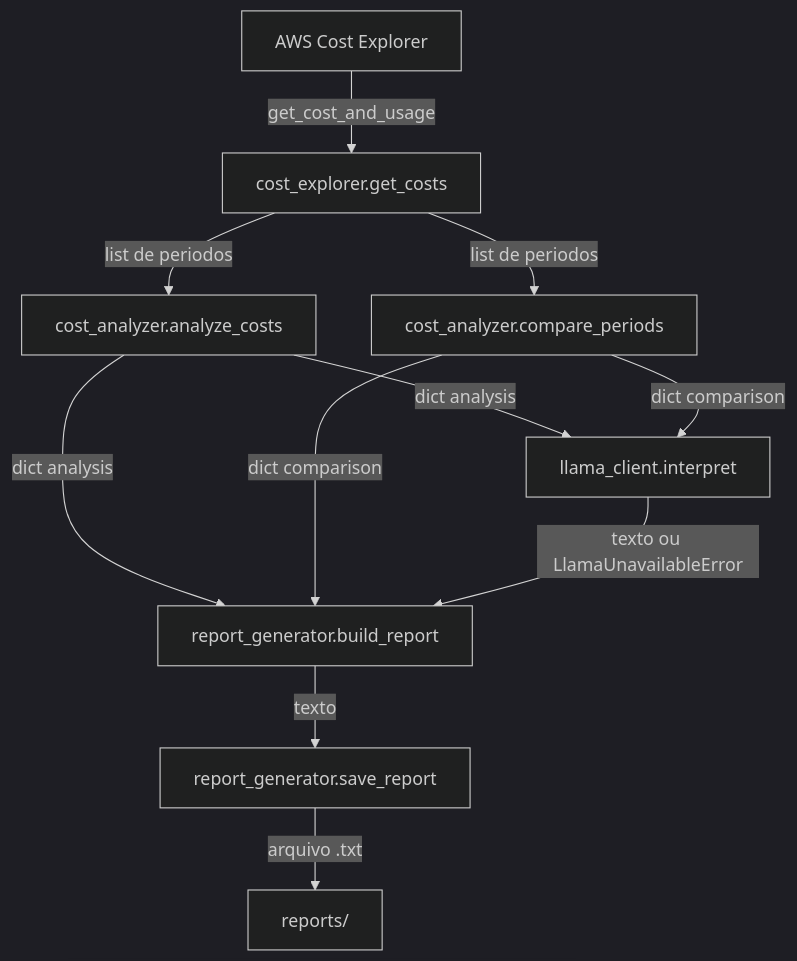
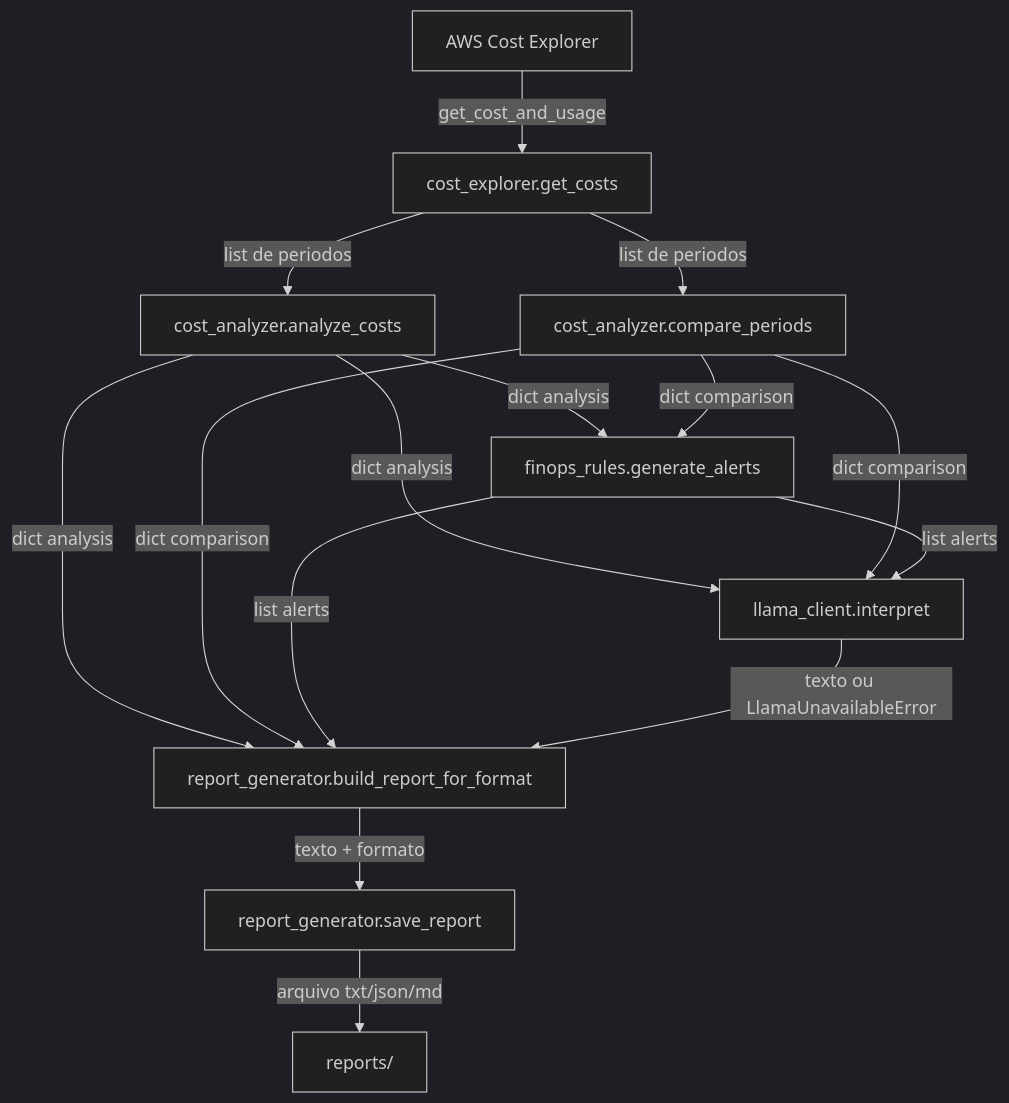
The diagram in docs/data-flow.md (AirtonNettu/aws-cost-monitor), drawn with Mermaid (dark theme) before and after one commit. The commit also changed other lines of this file and 10 other files, not shown here.

First line of the commit message:
docs: document FinOps rules and report formats

````diff
--- a/docs/data-flow.md
+++ b/docs/data-flow.md
@@ -25,13 +27,17 @@
 ```mermaid
 flowchart TD
     AWS[AWS Cost Explorer] -->|get_cost_and_usage| CE[cost_explorer.get_costs]
     CE -->|list de periodos| AN[cost_analyzer.analyze_costs]
     CE -->|list de periodos| CMP[cost_analyzer.compare_periods]
+    AN -->|dict analysis| FR[finops_rules.generate_alerts]
+    CMP -->|dict comparison| FR
     AN -->|dict analysis| AI[llama_client.interpret]
     CMP -->|dict comparison| AI
-    AN -->|dict analysis| RG[report_generator.build_report]
+    FR -->|list alerts| AI
+    AN -->|dict analysis| RG[report_generator.build_report_for_format]
     CMP -->|dict comparison| RG
+    FR -->|list alerts| RG
     AI -->|texto ou LlamaUnavailableError| RG
-    RG -->|texto| SAVE[report_generator.save_report]
-    SAVE -->|arquivo .txt| OUT[reports/]
+    RG -->|texto + formato| SAVE[report_generator.save_report]
+    SAVE -->|arquivo txt/json/md| OUT[reports/]
 ```
````
